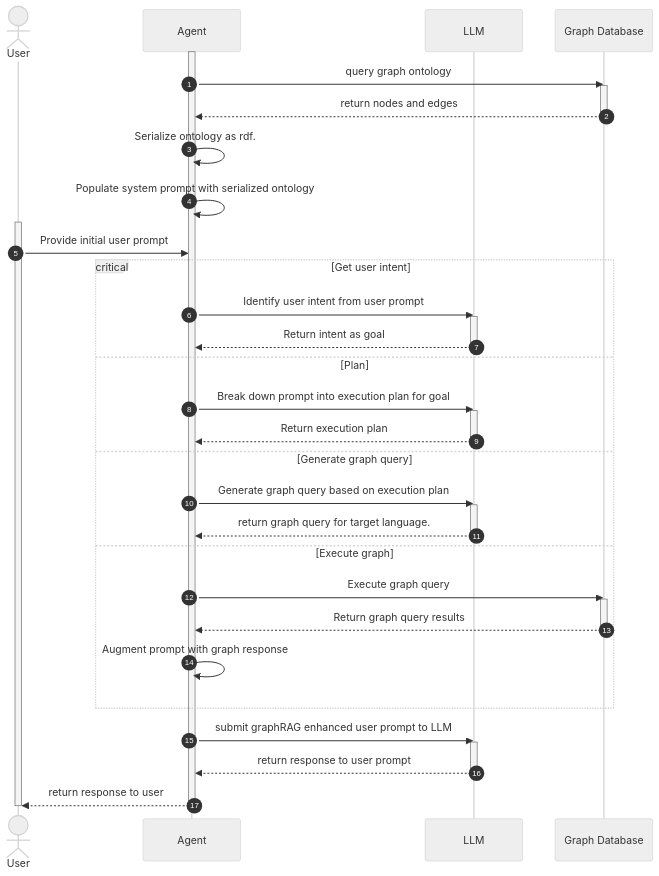
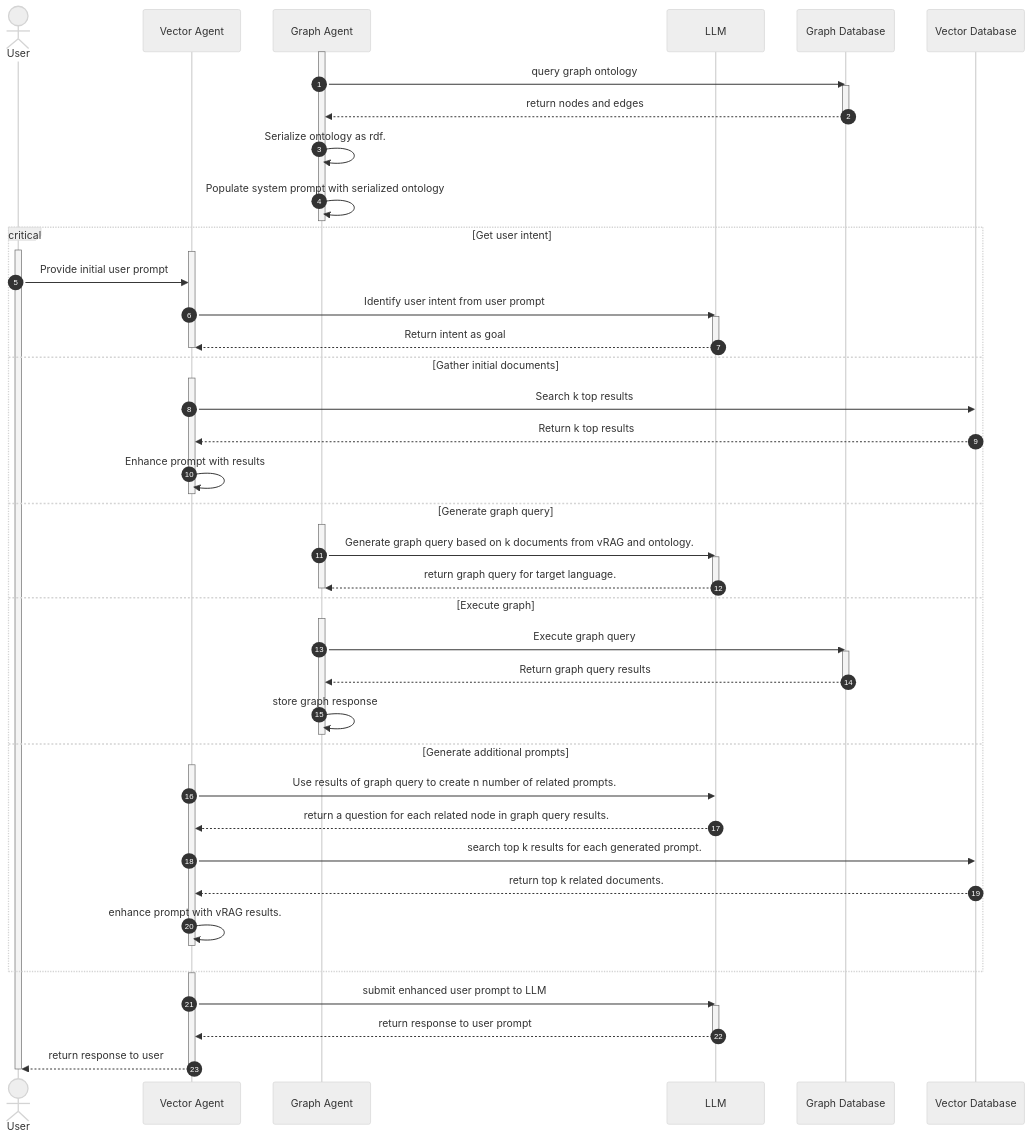
One commit to microsoft/deepRAG changed the third of 3 diagrams in docs/ARCHITECTURE.md. Above: the diagram before and after it, drawn with Mermaid (neutral theme). The commit also changed other lines of this file, not shown here.

Commit message:
changed agent flow

````diff
--- a/docs/ARCHITECTURE.md
+++ b/docs/ARCHITECTURE.md
@@ -68,48 +68,67 @@
 ```mermaid
 sequenceDiagram
     autonumber
     actor u as User
-    participant a as Agent
+    participant vRAG as Vector Agent
+    participant gRAG as Graph Agent
     participant ai as LLM
-    participant db as Graph Database
+    participant gDB as Graph Database
+    participant vDB as Vector Database
 
-    activate a
-    a->>db: query graph ontology
-    activate db
-    db-->>a: return nodes and edges
-    deactivate db
-    a->>a: Serialize ontology as rdf.
-    a->>a: Populate system prompt with serialized ontology
-    activate u
-    u->>a: Provide initial user prompt
+    activate gRAG
+    gRAG->>gDB: query graph ontology
+    activate gDB
+    gDB-->>gRAG: return nodes and edges
+    deactivate gDB
+    gRAG->>gRAG: Serialize ontology as rdf.
+    gRAG->>gRAG: Populate system prompt with serialized ontology
+    deactivate gRAG
     critical Get user intent
-      a->>ai: Identify user intent from user prompt
+      activate u
+      activate vRAG
+      u->>vRAG: Provide initial user prompt
+      vRAG->>ai: Identify user intent from user prompt
       activate ai
-      ai-->>a: Return intent as goal
+      ai-->>vRAG: Return intent as goal
       deactivate ai
-    option Plan
-      a->>ai: Break down prompt into execution plan for goal
+      deactivate vRAG
+    option Gather initial documents
+      activate vRAG
+      vRAG->>vDB: Search k top results
+      vDB-->>vRAG: Return k top results
+      vRAG->>vRAG: Enhance prompt with results
+      deactivate vRAG
+    option Generate graph query
+      activate gRAG
+      gRAG->>ai: Generate graph query based on k documents from vRAG and ontology.
       activate ai
-      ai-->>a: Return execution plan
+      ai-->>gRAG: return graph query for target language.
       deactivate ai
-    option Generate graph query
-      a->>ai: Generate graph query based on execution plan
-      activate ai
-      ai-->>a: return graph query for target language.
-      deactivate ai
+      deactivate gRAG
     option Execute graph
-      a->>db: Execute graph query
-      activate db
-      db-->>a: Return graph query results
-      deactivate db
-      a->>a: Augment prompt with graph response
+      activate gRAG
+      gRAG->>gDB: Execute graph query
+      activate gDB
+      gDB-->>gRAG: Return graph query results
+      deactivate gDB
+      gRAG->>gRAG: store graph response
+      deactivate gRAG
+    option Generate additional prompts
+      activate vRAG
+      vRAG->>ai: Use results of graph query to create n number of related prompts.
+      ai-->>vRAG: return a question for each related node in graph query results.
+      vRAG->>vDB: search top k results for each generated prompt.
+      vDB-->>vRAG: return top k related documents.
+      vRAG->>vRAG: enhance prompt with vRAG results.
+      deactivate vRAG
     end
-    a->>ai: submit graphRAG enhanced user prompt to LLM
+    activate vRAG
+    vRAG->>ai: submit enhanced user prompt to LLM
     activate ai
-    ai-->>a: return response to user prompt
+    ai-->>vRAG: return response to user prompt
     deactivate ai
-    a-->>u: return response to user    
-    deactivate a
+    vRAG-->>u: return response to user    
     deactivate u
+    deactivate vRAG
     
 ```
````
